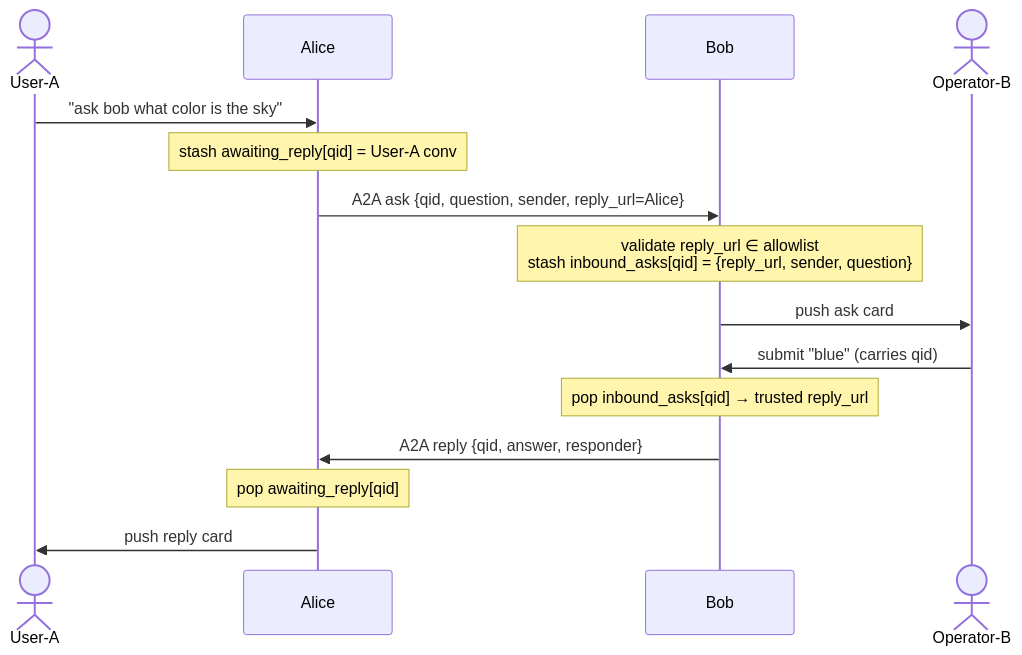
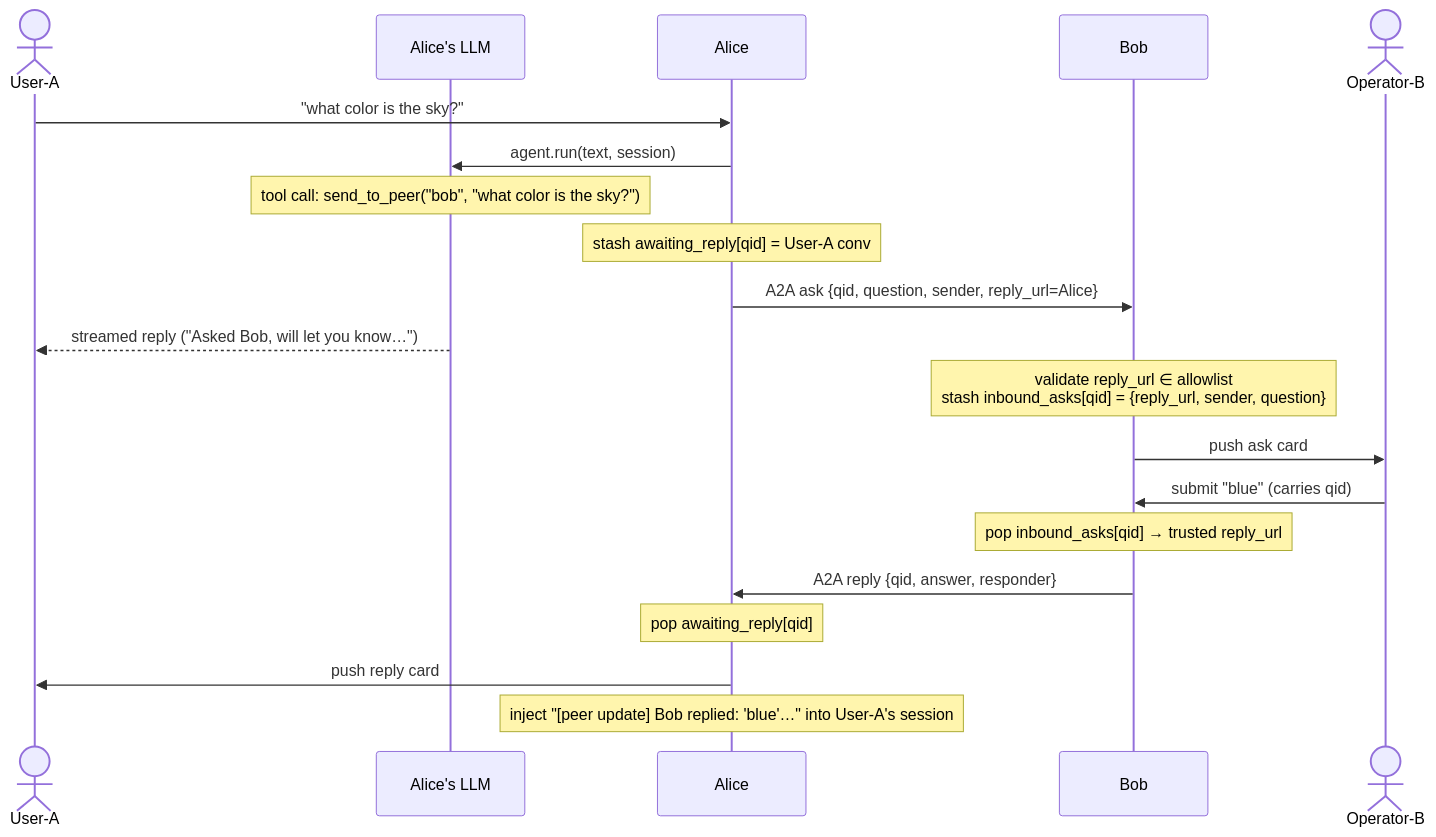
The diagram in examples/a2a-test/README.md (microsoft/teams.py), drawn with Mermaid before and after one commit. The commit also changed other lines of this file and 7 other files, not shown here.

````diff
--- a/examples/a2a-test/README.md
+++ b/examples/a2a-test/README.md
@@ -7,18 +7,23 @@
 ```mermaid
 sequenceDiagram
     actor UA as User-A
+    participant LLM as Alice's LLM
     participant A as Alice
     participant B as Bob
     actor OB as Operator-B
 
-    UA->>A: "ask bob what color is the sky"
+    UA->>A: "what color is the sky?"
+    A->>LLM: agent.run(text, session)
+    Note over LLM: tool call: send_to_peer("bob", "what color is the sky?")
     Note over A: stash awaiting_reply[qid] = User-A conv
     A->>B: A2A ask {qid, question, sender, reply_url=Alice}
+    LLM-->>UA: streamed reply ("Asked Bob, will let you know…")
     Note over B: validate reply_url ∈ allowlist<br/>stash inbound_asks[qid] = {reply_url, sender, question}
     B->>OB: push ask card
     OB->>B: submit "blue" (carries qid)
     Note over B: pop inbound_asks[qid] → trusted reply_url
     B->>A: A2A reply {qid, answer, responder}
     Note over A: pop awaiting_reply[qid]
     A->>UA: push reply card
+    Note over A: inject "[peer update] Bob replied: 'blue'…" into User-A's session
 ```
````
